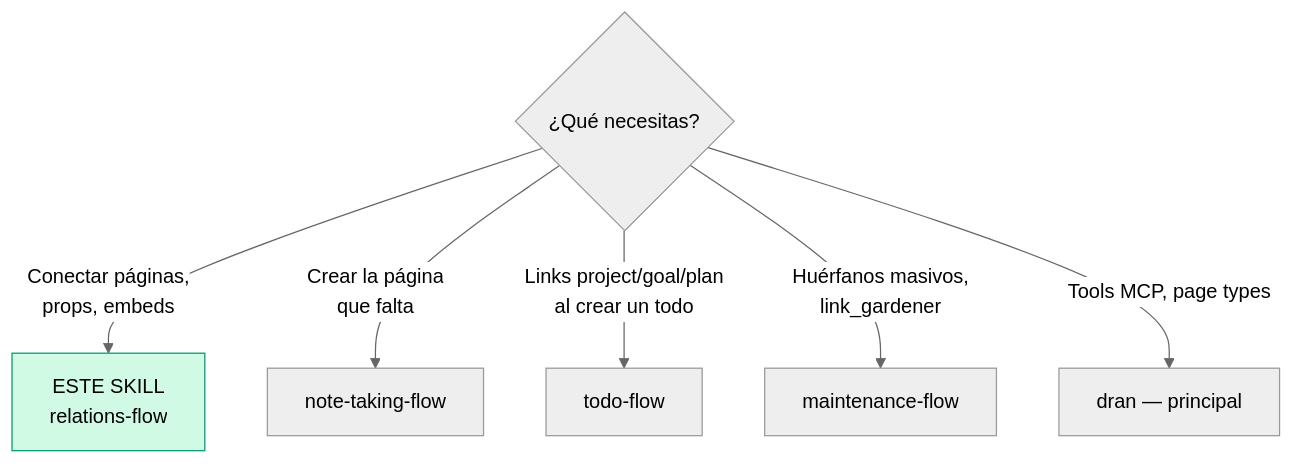
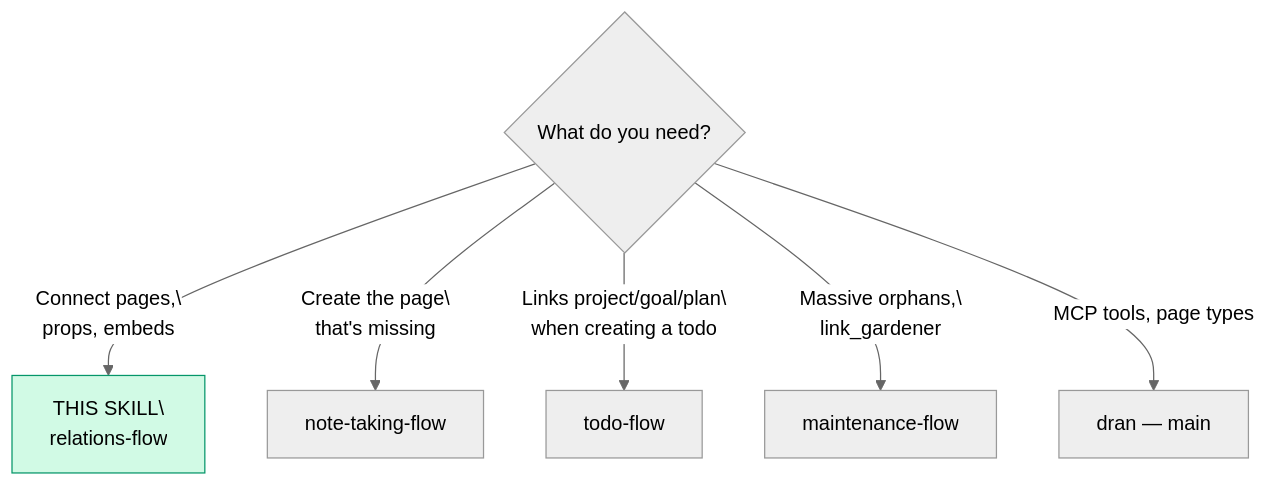
Before and after one commit to alvarolizama/dran: the first of 2 diagrams in skills/relations-flow/SKILL.md, drawn with Mermaid (neutral theme). The commit also changed other lines of this file and 11 other files, not shown here.

Commit message:
feat: traducir skills de dran al inglés (9 flows + dran + references)

````diff
--- a/skills/relations-flow/SKILL.md
+++ b/skills/relations-flow/SKILL.md
@@ -21,10 +21,10 @@
 ```mermaid
 flowchart TD
-  Q{¿Qué necesitas?} -->|"Conectar páginas,\nprops, embeds"| SELF["ESTE SKILL\nrelations-flow"]
-  Q -->|"Crear la página\nque falta"| NTF[note-taking-flow]
-  Q -->|"Links project/goal/plan\nal crear un todo"| TF[todo-flow]
-  Q -->|"Huérfanos masivos,\nlink_gardener"| MF[maintenance-flow]
-  Q -->|"Tools MCP, page types"| D[dran — principal]
+  Q{What do you need?} -->|"Connect pages,\\nprops, embeds"| SELF["THIS SKILL\\nrelations-flow"]
+  Q -->|"Create the page\\nthat's missing"| NTF[note-taking-flow]
+  Q -->|"Links project/goal/plan\\nwhen creating a todo"| TF[todo-flow]
+  Q -->|"Massive orphans,\\nlink_gardener"| MF[maintenance-flow]
+  Q -->|"MCP tools, page types"| D[dran — main]
 
   style SELF fill:#d1fae5,stroke:#059669
 ```
````
